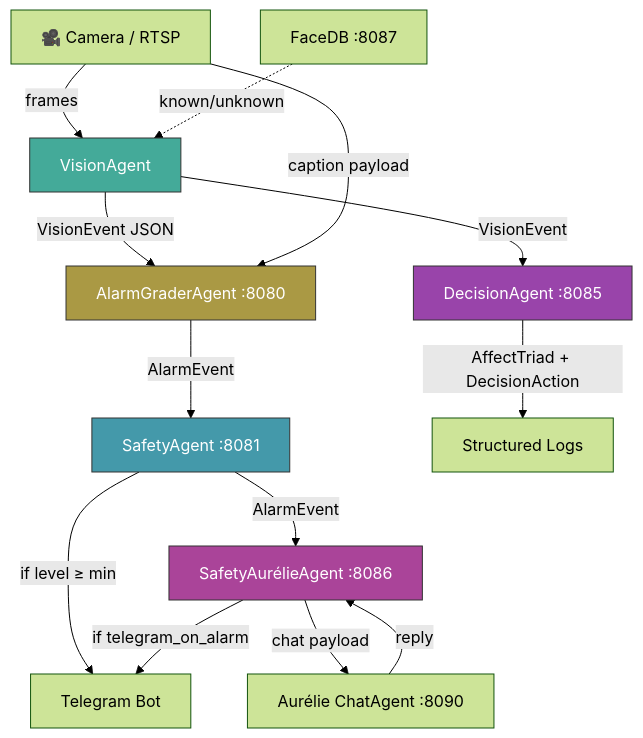
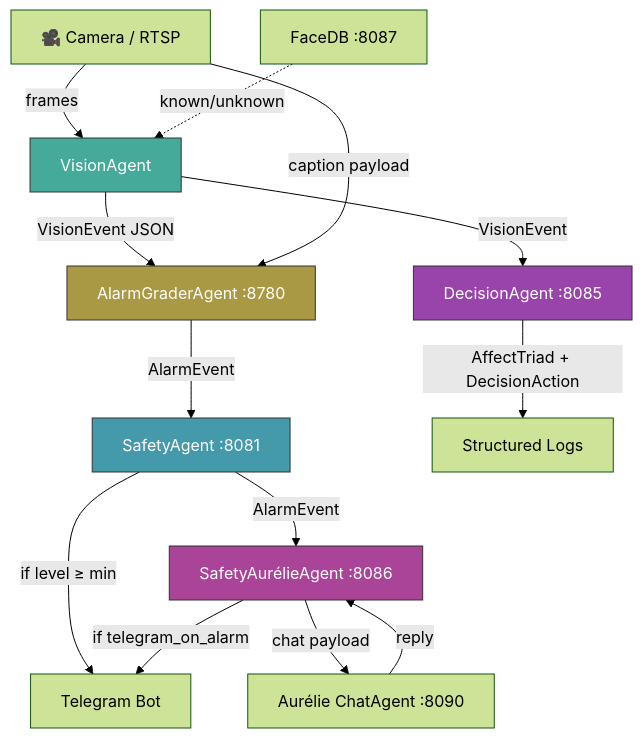
The first of 3 diagrams in docs/ARCHITECTURE.md (marchange7/nuclear-eye), drawn with Mermaid (forest theme) before and after one commit. The commit also changed other lines of this file and 29 other files, not shown here.

````diff
--- a/docs/ARCHITECTURE.md
+++ b/docs/ARCHITECTURE.md
@@ -5,22 +5,22 @@
 ```mermaid
 graph TD
     CAM[🎥 Camera / RTSP] -->|frames| VA[VisionAgent]
-    VA -->|VisionEvent JSON| AG[AlarmGraderAgent :8080]
+    VA -->|VisionEvent JSON| AG[AlarmGraderAgent :8780]
     CAM -->|caption payload| AG
     AG -->|AlarmEvent| SA[SafetyAgent :8081]
     SA -->|if level ≥ min| TG[Telegram Bot]
     SA -->|AlarmEvent| SAA[SafetyAurélieAgent :8086]
     SAA -->|chat payload| AUR[Aurélie ChatAgent :8090]
     AUR -->|reply| SAA
     SAA -->|if telegram_on_alarm| TG
     VA -->|VisionEvent| DA[DecisionAgent :8085]
     DA -->|AffectTriad + DecisionAction| LOG[Structured Logs]
 
     FDB[FaceDB :8087] -.->|known/unknown| VA
 
     style VA fill:#4a9,stroke:#333,color:#fff
     style SA fill:#49a,stroke:#333,color:#fff
     style AG fill:#a94,stroke:#333,color:#fff
     style DA fill:#94a,stroke:#333,color:#fff
     style SAA fill:#a49,stroke:#333,color:#fff
 ```
````
